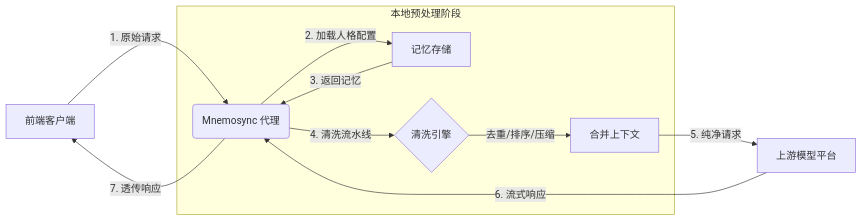
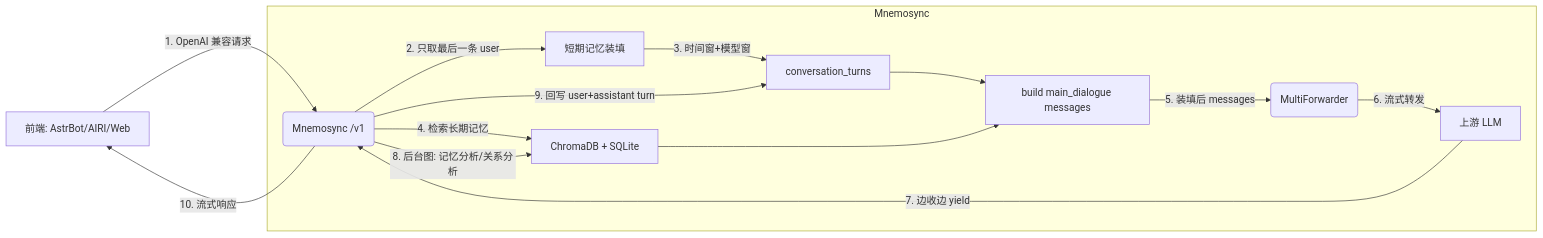
Before and after one commit to HarryHello/mnemosync: the diagram in README.md, drawn with Mermaid. The commit also changed other lines of this file and 15 other files, not shown here.

````diff
--- a/README.md
+++ b/README.md
@@ -72,13 +76,17 @@
 ```mermaid
 graph LR
-    A[前端客户端] -->|1. 原始请求 | B(Mnemosync 代理)
-    subgraph Mnemosync [本地预处理阶段]
-    B -->|2. 加载人格配置 | C[记忆存储]
-    C -->|3. 返回记忆 | B
-    B -->|4. 清洗流水线 | D{清洗引擎}
-    D -->|去重/排序/压缩 | E[合并上下文]
+    A[前端: AstrBot/AIRI/Web] -->|1. OpenAI 兼容请求 | B(Mnemosync /v1)
+    subgraph Mnemosync
+      B -->|2. 只取最后一条 user | C[短期记忆装填]
+      C -->|3. 时间窗+模型窗| D[conversation_turns]
+      B -->|4. 检索长期记忆| E[ChromaDB + SQLite]
+      D --> F[build main_dialogue messages]
+      E --> F
+      F -->|5. 装填后 messages| G(MultiForwarder)
+      G -->|6. 流式转发| H[上游 LLM]
+      H -->|7. 边收边 yield| B
+      B -->|8. 后台图: 记忆分析/关系分析| E
+      B -->|9. 回写 user+assistant turn| D
     end
-    E -->|5. 纯净请求 | F[上游模型平台]
-    F -->|6. 流式响应 | B
-    B -->|7. 透传响应 | A
+    B -->|10. 流式响应| A
 ```
````
